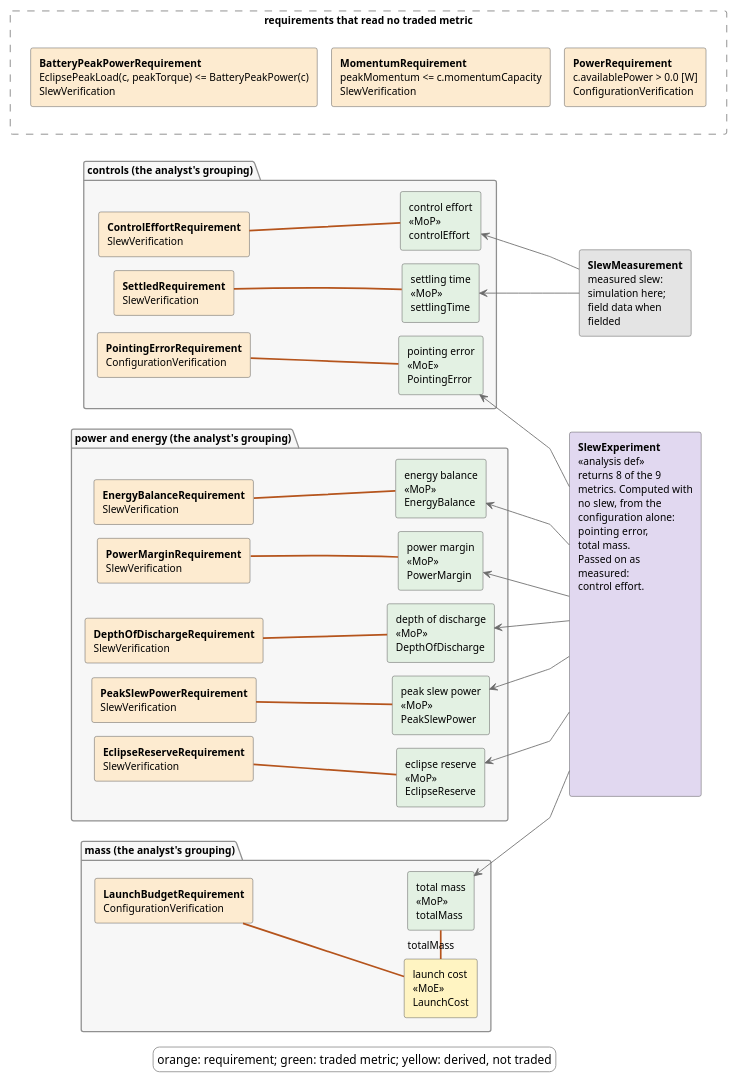
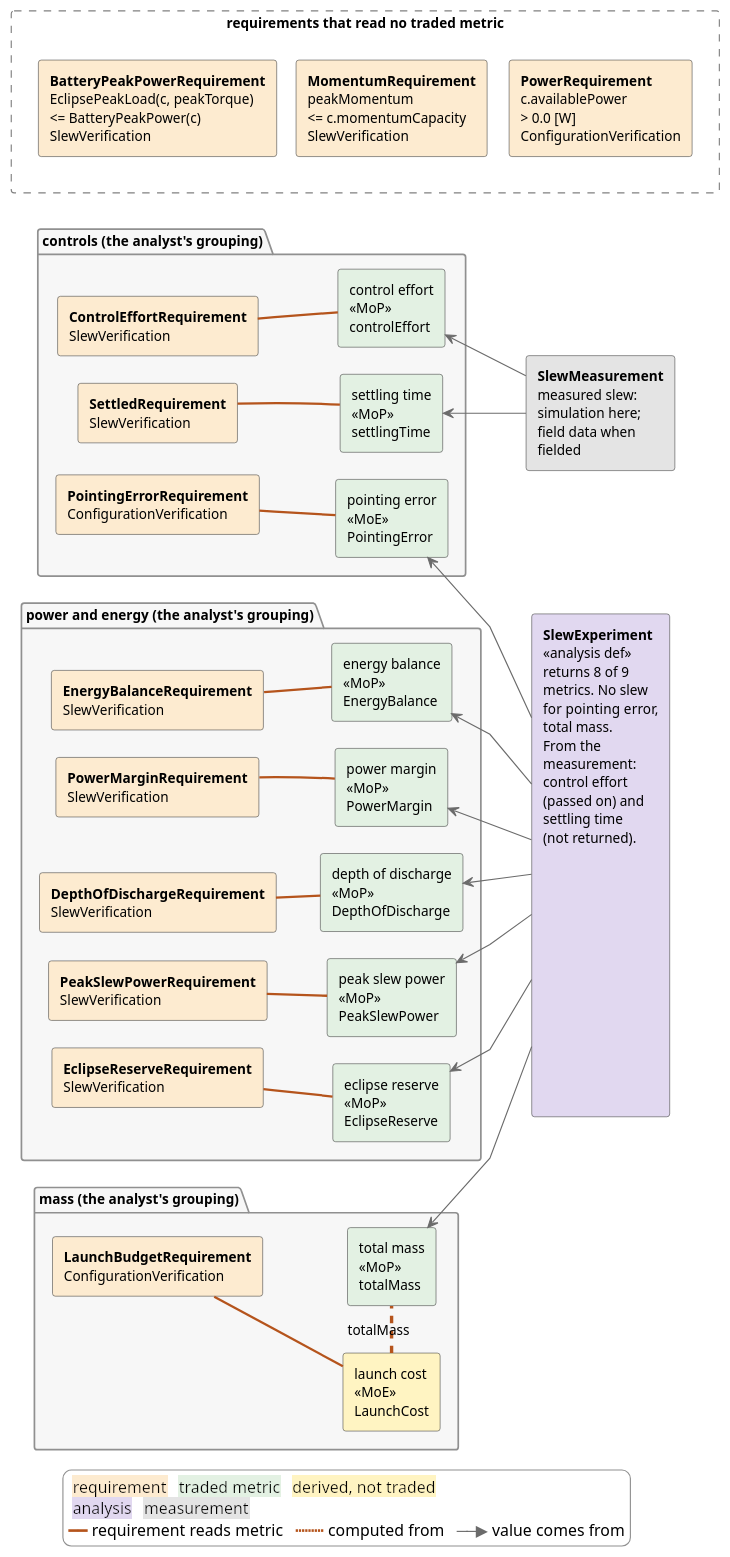
One commit to DynamicalSystemsGroup/hyperbolic-trade-space changed the diagram in examples/adcs/model_v2/views/behavioural_view.puml. Above: the diagram before and after it, drawn with PlantUML. The commit also changed 7 other files, not shown here.

Commit message:
WP23 G-3 blocks: the behavioural view at revision 7 (type 12.5 px at 700 px from 9.2; the legend carries every colour and line kind; the derived-from line dashed and named; the MoE and MoP rule and the analysis-box wording); views regenerated, paper copy updated

```diff
--- a/examples/adcs/model_v2/views/behavioural_view.puml
+++ b/examples/adcs/model_v2/views/behavioural_view.puml
@@ -1,100 +1,102 @@
 @startuml
 left to right direction
 skinparam linetype polyline
 skinparam shadowing false
 skinparam defaultFontName SansSerif
 skinparam defaultFontSize 12
 skinparam ClassBackgroundColor white
 skinparam ClassBorderColor #404040
 skinparam ClassAttributeIconSize 0
 skinparam ArrowColor #404040
 skinparam RectangleBackgroundColor white
 skinparam RectangleBorderColor #404040
 skinparam PackageBackgroundColor #F7F7F7
 skinparam PackageBorderColor #909090
 skinparam LegendBackgroundColor white
 skinparam LegendBorderColor #909090
-skinparam nodesep 16
+skinparam nodesep 24
 skinparam ranksep 12
 hide circle
 hide empty members
 
 scale 700 width
 
 package "controls (the analyst's grouping)" {
   rectangle "**SettledRequirement**\nSlewVerification" as xSettledrequirement #FDEBD0
   rectangle "**ControlEffortRequirement**\nSlewVerification" as xControleffortrequirement #FDEBD0
   rectangle "**PointingErrorRequirement**\nConfigurationVerification" as xPointingerrorrequirement #FDEBD0
   rectangle "settling time\n<<MoP>>\nsettlingTime" as xSettlingTime #E3F1E3
   rectangle "control effort\n<<MoP>>\ncontrolEffort" as xControlEffort #E3F1E3
   rectangle "pointing error\n<<MoE>>\nPointingError" as xPointingError #E3F1E3
 }
 xSettledrequirement -[hidden]right-> xControleffortrequirement
 xControleffortrequirement -[hidden]right-> xPointingerrorrequirement
 xSettlingTime -[hidden]right-> xControlEffort
 xControlEffort -[hidden]right-> xPointingError
 xSettledrequirement -[hidden]-> xSettlingTime
 package "power and energy (the analyst's grouping)" {
   rectangle "**PowerMarginRequirement**\nSlewVerification" as xPowermarginrequirement #FDEBD0
   rectangle "**EnergyBalanceRequirement**\nSlewVerification" as xEnergybalancerequirement #FDEBD0
   rectangle "**EclipseReserveRequirement**\nSlewVerification" as xEclipsereserverequirement #FDEBD0
   rectangle "**PeakSlewPowerRequirement**\nSlewVerification" as xPeakslewpowerrequirement #FDEBD0
   rectangle "**DepthOfDischargeRequirement**\nSlewVerification" as xDepthofdischargerequirement #FDEBD0
   rectangle "power margin\n<<MoP>>\nPowerMargin" as xPowerMargin #E3F1E3
   rectangle "energy balance\n<<MoP>>\nEnergyBalance" as xEnergyBalance #E3F1E3
   rectangle "eclipse reserve\n<<MoP>>\nEclipseReserve" as xEclipseReserve #E3F1E3
   rectangle "peak slew power\n<<MoP>>\nPeakSlewPower" as xPeakSlewPower #E3F1E3
   rectangle "depth of discharge\n<<MoP>>\nDepthOfDischarge" as xDepthOfDischarge #E3F1E3
 }
 xPowermarginrequirement -[hidden]right-> xEnergybalancerequirement
 xEnergybalancerequirement -[hidden]right-> xEclipsereserverequirement
 xEclipsereserverequirement -[hidden]right-> xPeakslewpowerrequirement
 xPeakslewpowerrequirement -[hidden]right-> xDepthofdischargerequirement
 xPowerMargin -[hidden]right-> xEnergyBalance
 xEnergyBalance -[hidden]right-> xEclipseReserve
 xEclipseReserve -[hidden]right-> xPeakSlewPower
 xPeakSlewPower -[hidden]right-> xDepthOfDischarge
 xPowermarginrequirement -[hidden]-> xPowerMargin
 package "mass (the analyst's grouping)" {
   rectangle "**LaunchBudgetRequirement**\nConfigurationVerification" as xLaunchbudgetrequirement #FDEBD0
   rectangle "launch cost\n<<MoE>>\nLaunchCost" as xLaunchcost #FFF4C2
   rectangle "total mass\n<<MoP>>\ntotalMass" as xTotalMass #E3F1E3
 }
 xLaunchbudgetrequirement -[hidden]-> xTotalMass
 rectangle "requirements that read no traded metric" as xNoLine #FFFFFF;line:gray;line.dashed {
-  rectangle "**BatteryPeakPowerRequirement**\nEclipsePeakLoad(c, peakTorque) <= BatteryPeakPower(c)\nSlewVerification" as xBatterypeakpowerrequirement #FDEBD0
-  rectangle "**MomentumRequirement**\npeakMomentum <= c.momentumCapacity\nSlewVerification" as xMomentumrequirement #FDEBD0
-  rectangle "**PowerRequirement**\nc.availablePower > 0.0 [W]\nConfigurationVerification" as xPowerrequirement #FDEBD0
+  rectangle "**BatteryPeakPowerRequirement**\nEclipsePeakLoad(c, peakTorque)\n<= BatteryPeakPower(c)\nSlewVerification" as xBatterypeakpowerrequirement #FDEBD0
+  rectangle "**MomentumRequirement**\npeakMomentum\n<= c.momentumCapacity\nSlewVerification" as xMomentumrequirement #FDEBD0
+  rectangle "**PowerRequirement**\nc.availablePower\n> 0.0 [W]\nConfigurationVerification" as xPowerrequirement #FDEBD0
   xBatterypeakpowerrequirement -[hidden]-> xMomentumrequirement
   xMomentumrequirement -[hidden]-> xPowerrequirement
 }
 xLaunchbudgetrequirement -[hidden]right-> xNoLine
 
-rectangle "**SlewExperiment**\n<<analysis def>>\nreturns 8 of the 9\nmetrics. Computed with\nno slew, from the\nconfiguration alone:\npointing error,\ntotal mass.\nPassed on as\nmeasured:\ncontrol effort.\n\n\n\n\n\n\n\n\n\n\n\n\n\n" as xAnalysis #E1D8F0
+rectangle "**SlewExperiment**\n<<analysis def>>\nreturns 8 of 9\nmetrics. No slew\nfor pointing error,\ntotal mass.\nFrom the\nmeasurement:\ncontrol effort\n(passed on) and\nsettling time\n(not returned).\n\n\n\n\n\n\n\n\n\n\n\n\n\n" as xAnalysis #E1D8F0
 rectangle "**SlewMeasurement**\nmeasured slew:\nsimulation here;\nfield data when\nfielded" as xMeasure #E4E4E4
 xMeasure -[hidden]right-> xAnalysis
 
 xControleffortrequirement -[#B5541C,thickness=2]- xControlEffort
 xDepthofdischargerequirement -[#B5541C,thickness=2]- xDepthOfDischarge
 xEclipsereserverequirement -[#B5541C,thickness=2]- xEclipseReserve
 xEnergybalancerequirement -[#B5541C,thickness=2]- xEnergyBalance
 xLaunchbudgetrequirement -[#B5541C,thickness=2]- xLaunchcost
-xLaunchcost -[#B5541C,thickness=2]right- xTotalMass : totalMass
+xLaunchcost -[#B5541C,dashed,thickness=3]right- xTotalMass : totalMass
 xPeakslewpowerrequirement -[#B5541C,thickness=2]- xPeakSlewPower
 xPointingerrorrequirement -[#B5541C,thickness=2]- xPointingError
 xPowermarginrequirement -[#B5541C,thickness=2]- xPowerMargin
 xSettledrequirement -[#B5541C,thickness=2]- xSettlingTime
 xSettlingTime <-[#6B6B6B]- xMeasure
 xPointingError <-[#6B6B6B]- xAnalysis
 xTotalMass <-[#6B6B6B]- xAnalysis
 xControlEffort <-[#6B6B6B]- xMeasure
 xPowerMargin <-[#6B6B6B]- xAnalysis
 xEnergyBalance <-[#6B6B6B]- xAnalysis
 xEclipseReserve <-[#6B6B6B]- xAnalysis
 xPeakSlewPower <-[#6B6B6B]- xAnalysis
 xDepthOfDischarge <-[#6B6B6B]- xAnalysis
 
 legend bottom
-  orange: requirement; green: traded metric; yellow: derived, not traded
+  <back:#FDEBD0> requirement </back> <back:#E3F1E3> traded metric </back> <back:#FFF4C2> derived, not traded </back>
+  <back:#E1D8F0> analysis </back> <back:#E4E4E4> measurement </back>
+  <color:#B5541C>━━</color> requirement reads metric   <color:#B5541C>┅┅┅</color> computed from   <color:#6B6B6B>──▶</color> value comes from
 end legend
 @enduml
```
